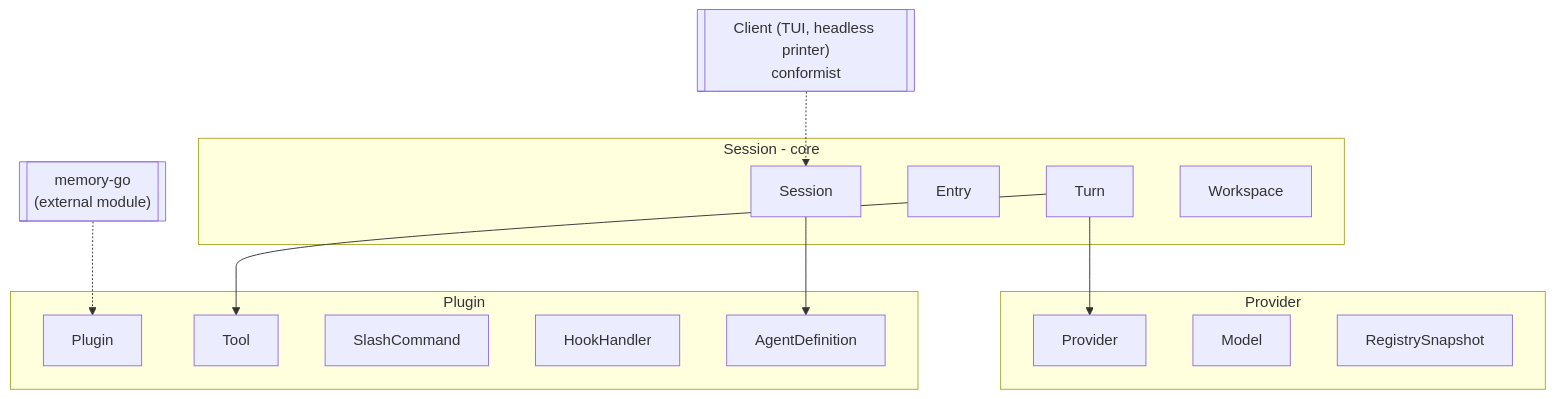
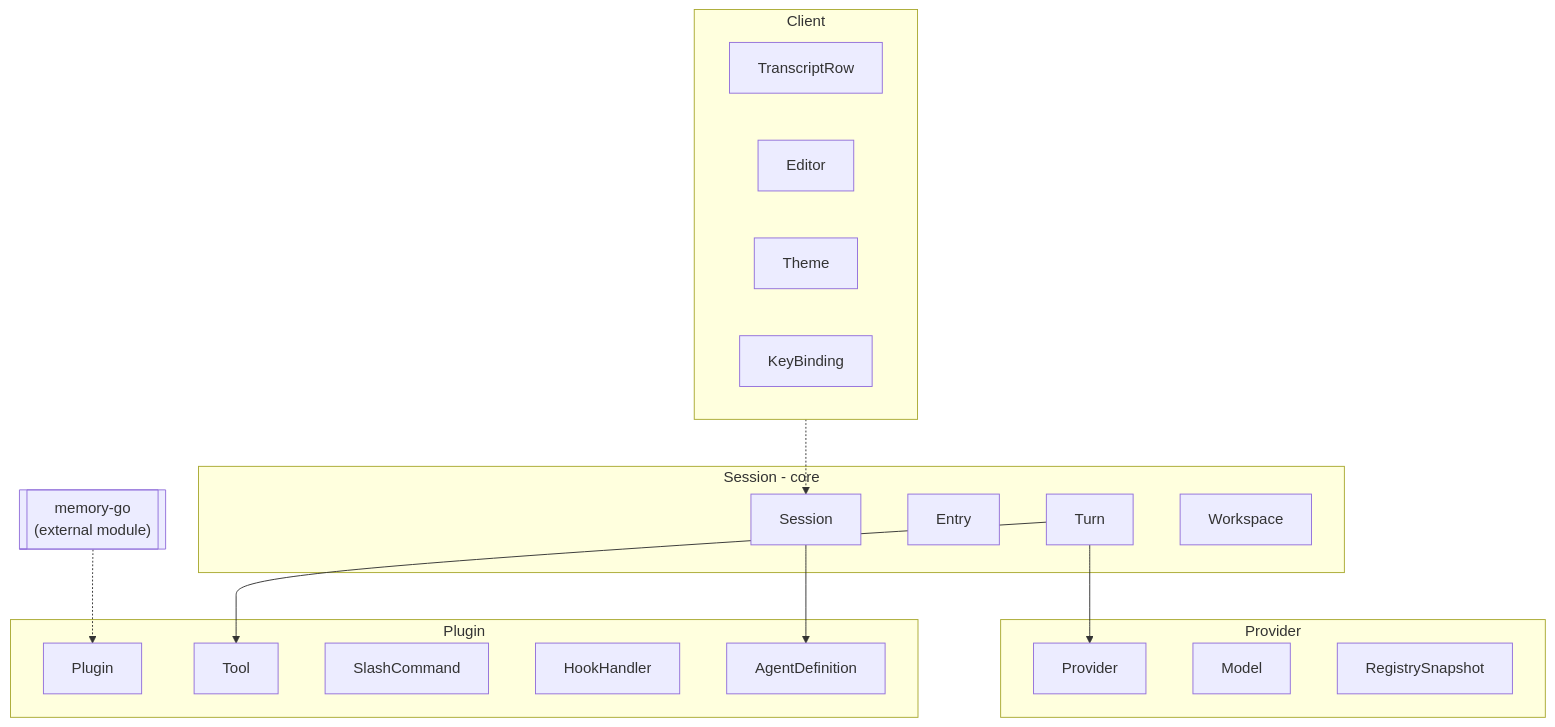
Before and after one commit to guygrigsby/rudy: the first of 7 diagrams in docs/specs/rudy-domain-model.md, drawn with Mermaid. The commit also changed other lines of this file and 3 other files, not shown here.

Commit message:
docs: ADR 0013 the TUI wave; client objects join the domain model and context map

````diff
--- a/docs/specs/rudy-domain-model.md
+++ b/docs/specs/rudy-domain-model.md
@@ -7,26 +7,32 @@
 ```mermaid
 flowchart TB
     subgraph SC["Session - core"]
         Session
         Entry
         Turn
         Workspace
     end
     subgraph PC["Provider"]
         Provider
         Model
         RegistrySnapshot
     end
     subgraph PL["Plugin"]
         Plugin
         Tool
         SlashCommand
         HookHandler
         AgentDefinition
     end
-    CLIENT[["Client (TUI, headless printer)<br/>conformist"]] -.-> Session
+    subgraph CL["Client"]
+        TranscriptRow
+        Editor
+        Theme
+        KeyBinding
+    end
+    CL -.-> Session
     MEM[["memory-go<br/>(external module)"]] -.-> Plugin
     Turn --> Provider
     Turn --> Tool
     Session --> AgentDefinition
 ```
````
